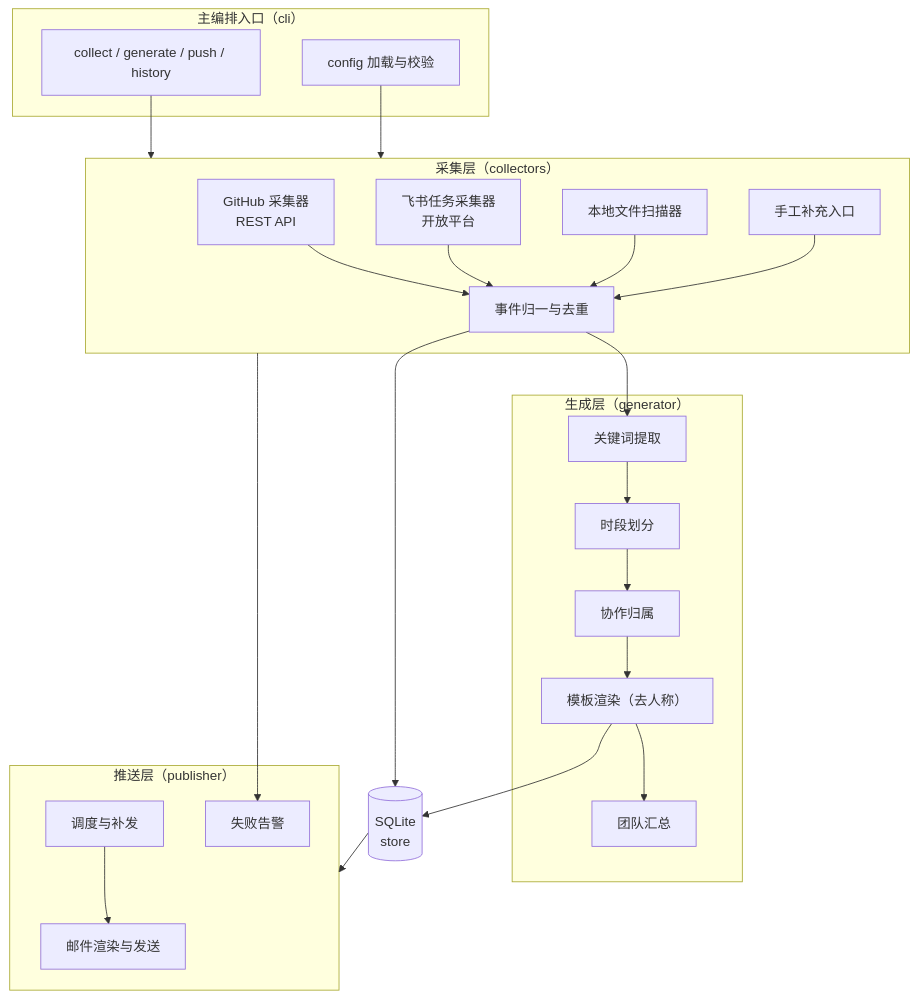
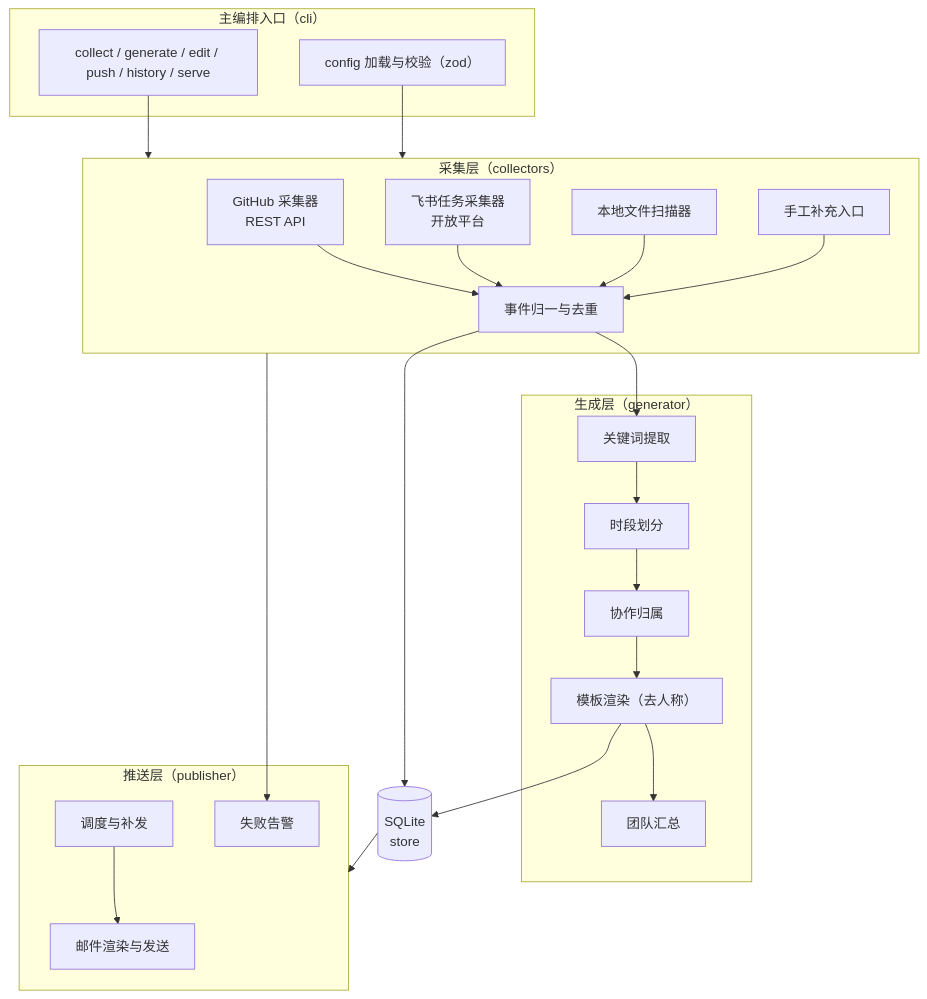
The first of 2 diagrams in specs/design.md (tanyaoting/SDDAndAIProgramming), drawn with Mermaid before and after one commit. The commit also changed other lines of this file and 2 other files, not shown here.

````diff
--- a/specs/design.md
+++ b/specs/design.md
@@ -22,44 +24,44 @@
 ```mermaid
 flowchart TB
     subgraph CLI["主编排入口（cli）"]
-        CLI1["collect / generate / push / history"]
-        CLI2["config 加载与校验"]
+        CLI1["collect / generate / edit / push / history / serve"]
+        CLI2["config 加载与校验（zod）"]
     end
 
     subgraph L1["采集层（collectors）"]
         C1["GitHub 采集器<br/>REST API"]
         C2["飞书任务采集器<br/>开放平台"]
         C3["本地文件扫描器"]
         C4["手工补充入口"]
         N1["事件归一与去重"]
     end
 
     subgraph L2["生成层（generator）"]
         G1["关键词提取"]
         G2["时段划分"]
         G3["协作归属"]
         G4["模板渲染（去人称）"]
         G5["团队汇总"]
     end
 
     subgraph L3["推送层（publisher）"]
         P1["邮件渲染与发送"]
         P2["调度与补发"]
         P3["失败告警"]
     end
 
     DB[("SQLite<br/>store")]
 
     CLI1 --> L1
     C1 --> N1
     C2 --> N1
     C3 --> N1
     C4 --> N1
     N1 --> DB
     N1 --> G1 --> G2 --> G3 --> G4 --> DB
     G4 --> G5
     DB --> L3
     P2 --> P1
     L1 --> P3
     CLI2 --> L1
 ```
````
